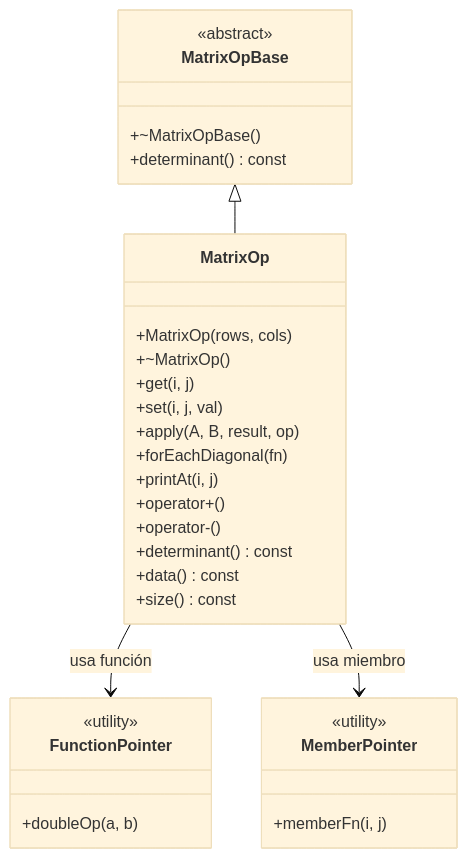
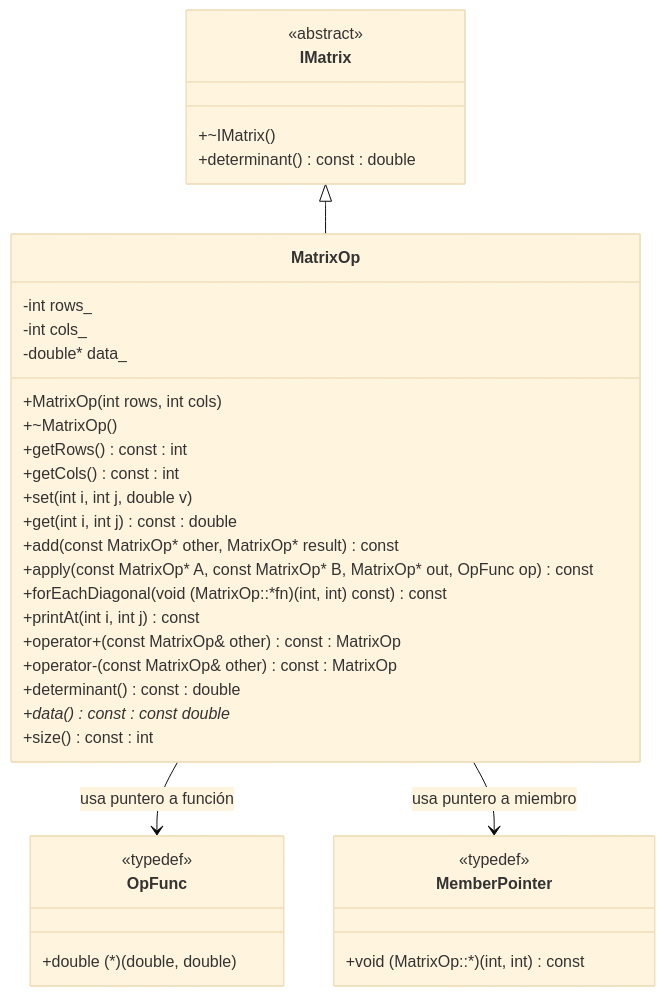
Before and after one commit to Angeles489/Polimorfismo: the diagram in tarea 3/Tarea3_Angeles/Diagrama.md, drawn with Mermaid (base theme). The commit also changed other lines of this file, not shown here.

````diff
--- a/tarea 3/Tarea3_Angeles/Diagrama.md
+++ b/tarea 3/Tarea3_Angeles/Diagrama.md
@@ -1,41 +2,55 @@
 ```mermaid
 classDiagram
-    class MatrixOpBase {
+    %% INTERFAZ
+    class IMatrix {
         <<abstract>>
-        +~MatrixOpBase()
-        +determinant() const
+        +~IMatrix()
+        +determinant() const : double
     }
 
+    %% CLASE PRINCIPAL
     class MatrixOp {
-        +MatrixOp(rows, cols)
+        -int rows_
+        -int cols_
+        -double* data_
+
+        +MatrixOp(int rows, int cols)
         +~MatrixOp()
-        +get(i, j)
-        +set(i, j, val)
-        +apply(A, B, result, op)
-        +forEachDiagonal(fn)
-        +printAt(i, j)
-        +operator+()
-        +operator-()
-        +determinant() const
-        +data() const
-        +size() const
+
+        +getRows() const : int
+        +getCols() const : int
+        +set(int i, int j, double v)
+        +get(int i, int j) const : double
+
+        +add(const MatrixOp* other, MatrixOp* result) const
+        +apply(const MatrixOp* A, const MatrixOp* B, MatrixOp* out, OpFunc op) const
+        +forEachDiagonal(void (MatrixOp::*fn)(int, int) const) const
+        +printAt(int i, int j) const
+
+        +operator+(const MatrixOp& other) const : MatrixOp
+        +operator-(const MatrixOp& other) const : MatrixOp
+
+        +determinant() const : double
+
+        +data() const : const double*
+        +size() const : int
     }
 
-    MatrixOpBase <|-- MatrixOp
+    %% HERENCIA
+    IMatrix <|-- MatrixOp
 
-    %% Relaciones de uso representadas como clases auxiliares
-    class FunctionPointer {
-        <<utility>>
-        +doubleOp(a, b)
+    %% TIPOS DE PUNTEROS
+    class OpFunc {
+        <<typedef>>
+        +double (*)(double, double)
     }
 
     class MemberPointer {
-        <<utility>>
-        +memberFn(i, j)
+        <<typedef>>
+        +void (MatrixOp::*)(int, int) const
     }
 
-    MatrixOp --> FunctionPointer : usa función
-    MatrixOp --> MemberPointer : usa miembro
-
+    MatrixOp --> OpFunc : usa puntero a función
+    MatrixOp --> MemberPointer : usa puntero a miembro
 
 ```
````
